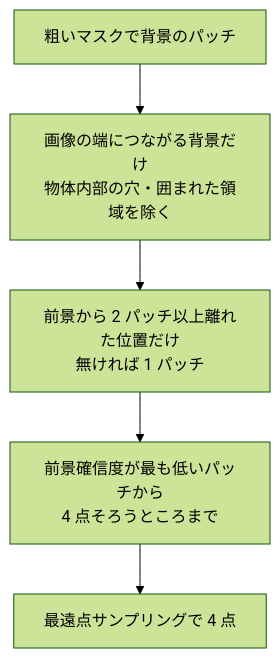
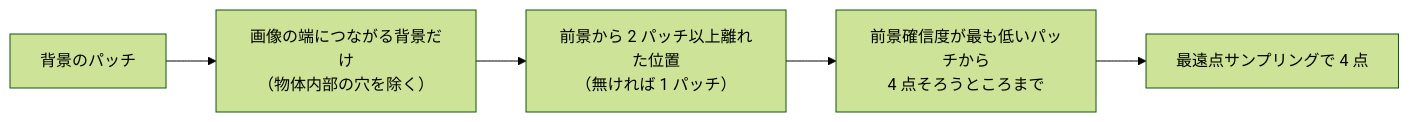
One commit to fklg-64/pe_anything_detect changed the second of 8 diagrams in docs/detailed_segmentation.md. Above: the diagram before and after it, drawn with Mermaid (forest theme). The commit also changed other lines of this file and 85 other files, not shown here.

````diff
--- a/docs/detailed_segmentation.md
+++ b/docs/detailed_segmentation.md
@@ -85,7 +56,7 @@
 ```mermaid
-flowchart TD
-    A["粗いマスクで背景のパッチ"] --> B["画像の端につながる背景だけ<br/>物体内部の穴・囲まれた領域を除く"]
-    B --> C["前景から 2 パッチ以上離れた位置だけ<br/>無ければ 1 パッチ"]
+flowchart LR
+    A["背景のパッチ"] --> B["画像の端につながる背景だけ<br/>（物体内部の穴を除く）"]
+    B --> C["前景から 2 パッチ以上離れた位置<br/>（無ければ 1 パッチ）"]
     C --> D["前景確信度が最も低いパッチから<br/>4 点そろうところまで"]
     D --> E["最遠点サンプリングで 4 点"]
 ```
````
